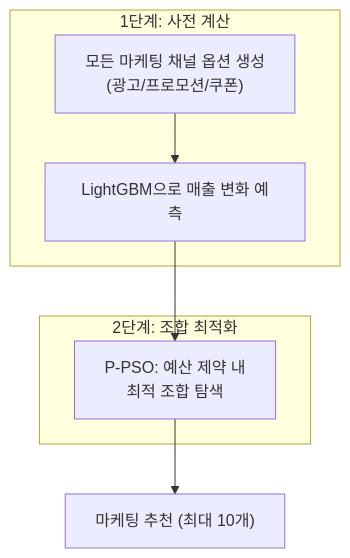
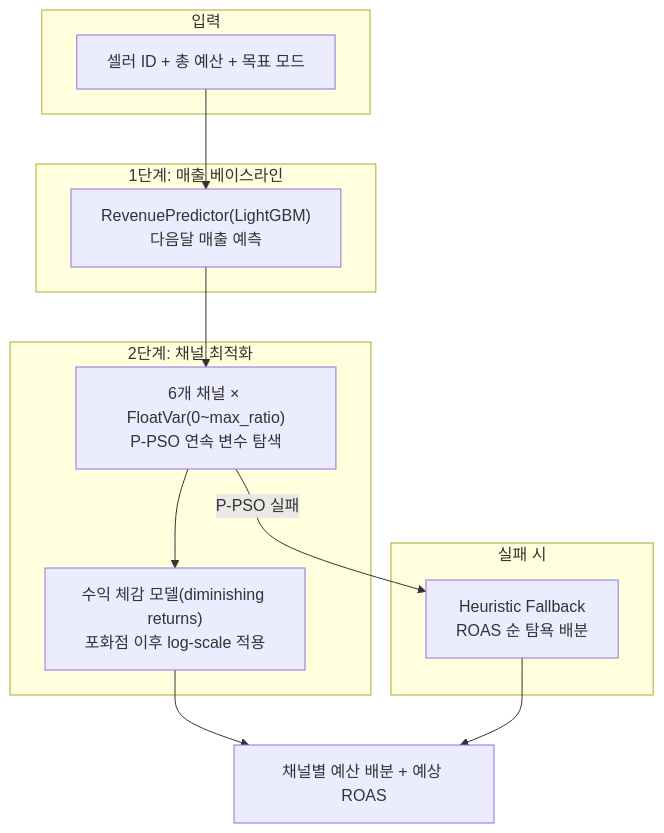
Before and after one commit to ASNGG/cafe24-demo: diagram 11 of 22 in backend 리팩토링 시작/README.md, drawn with Mermaid. The commit also changed other lines of this file and 5 other files, not shown here.

````diff
--- a/backend 리팩토링 시작/README.md
+++ b/backend 리팩토링 시작/README.md
@@ -996,13 +1064,23 @@
 ```mermaid
 flowchart TB
-    subgraph Step1["1단계: 사전 계산"]
-        A["모든 마케팅 채널 옵션 생성<br/>(광고/프로모션/쿠폰)"]
-        B["LightGBM으로 매출 변화 예측"]
+    subgraph Input["입력"]
+        A["셀러 ID + 총 예산 + 목표 모드"]
     end
 
-    subgraph Step2["2단계: 조합 최적화"]
-        C["P-PSO: 예산 제약 내<br/>최적 조합 탐색"]
+    subgraph Step1["1단계: 매출 베이스라인"]
+        B["RevenuePredictor(LightGBM)<br/>다음달 매출 예측"]
     end
 
-    A --> B --> C --> D["마케팅 추천 (최대 10개)"]
+    subgraph Step2["2단계: 채널 최적화"]
+        C["6개 채널 × FloatVar(0~max_ratio)<br/>P-PSO 연속 변수 탐색"]
+        D["수익 체감 모델(diminishing returns)<br/>포화점 이후 log-scale 적용"]
+    end
+
+    subgraph Fallback["실패 시"]
+        F["Heuristic Fallback<br/>ROAS 순 탐욕 배분"]
+    end
+
+    A --> B --> C
+    C --> D --> E["채널별 예산 배분 + 예상 ROAS"]
+    C -->|"P-PSO 실패"| F --> E
 ```
````
